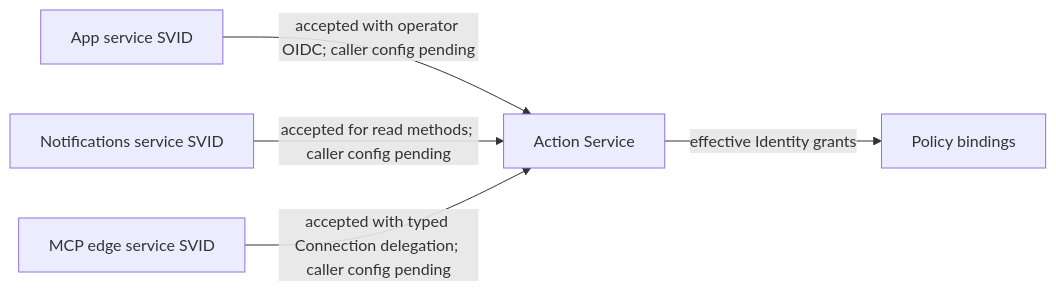
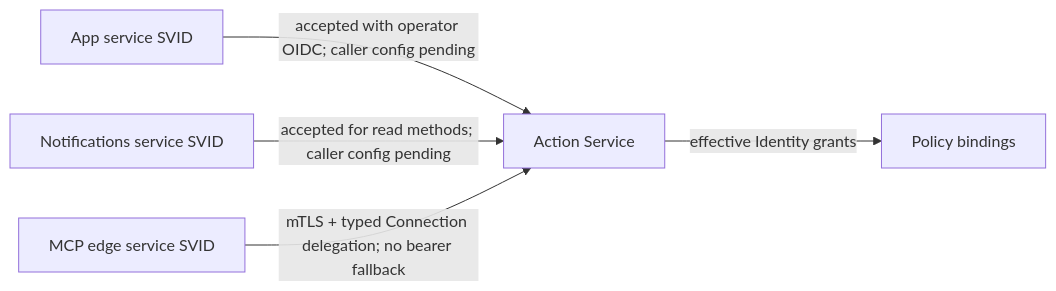
One commit to agentydragon/ducktape changed diagram 13 of 18 in agentplane/docs/system_overview.md. Above: the diagram before and after it, drawn with Mermaid. The commit also changed other lines of this file and 8 other files, not shown here.

Commit message:
Use MCP edge SVID for Actions calls

````diff
--- a/agentplane/docs/system_overview.md
+++ b/agentplane/docs/system_overview.md
@@ -731,7 +733,7 @@
 ```mermaid
 flowchart LR
     app[App service SVID] -->|accepted with operator OIDC; caller config pending| actions[Action Service]
     notifications[Notifications service SVID] -->|accepted for read methods; caller config pending| actions
-    mcp[MCP edge service SVID] -->|accepted with typed Connection delegation; caller config pending| actions
+    mcp[MCP edge service SVID] -->|mTLS + typed Connection delegation; no bearer fallback| actions
     actions -->|effective Identity grants| policy[Policy bindings]
 ```
````
